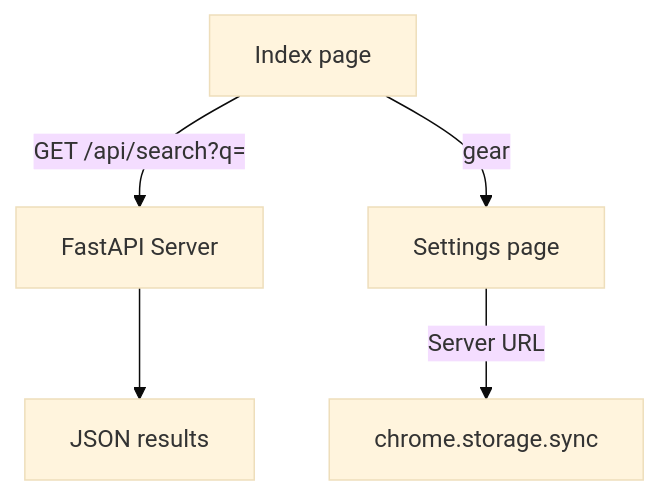
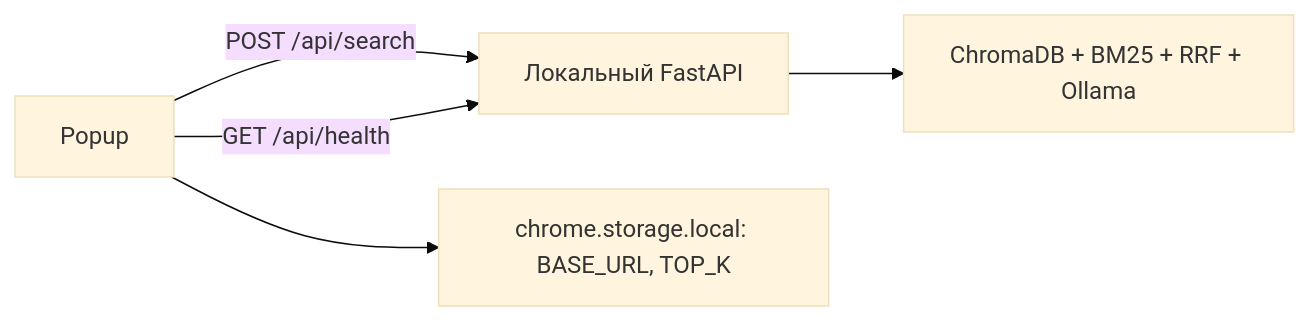
The diagram in README.md (OlegUshakov-pl/APEX-Snap-Chrome-Extension), drawn with Mermaid (base theme) before and after one commit. The commit also changed other lines of this file, not shown here.

````diff
--- a/README.md
+++ b/README.md
@@ -70,7 +91,7 @@
 ```mermaid
-graph TD
-    A[Index page] -->|GET /api/search?q=| B[FastAPI Server]
-    B --> C[JSON results]
-    A -->|gear| D[Settings page]
-    D -->|Server URL| E[chrome.storage.sync]
+graph LR
+    A[Popup] -->|POST /api/search| B[Локальный FastAPI]
+    A -->|GET /api/health| B
+    B --> C[ChromaDB + BM25 + RRF + Ollama]
+    A --> D[chrome.storage.local: BASE_URL, TOP_K]
 ```
````
